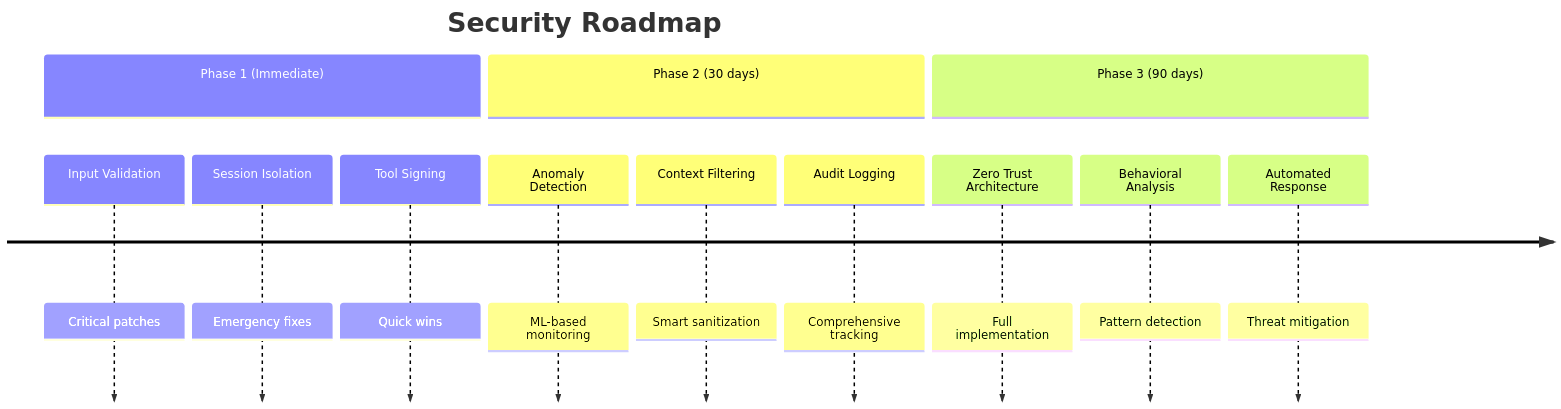
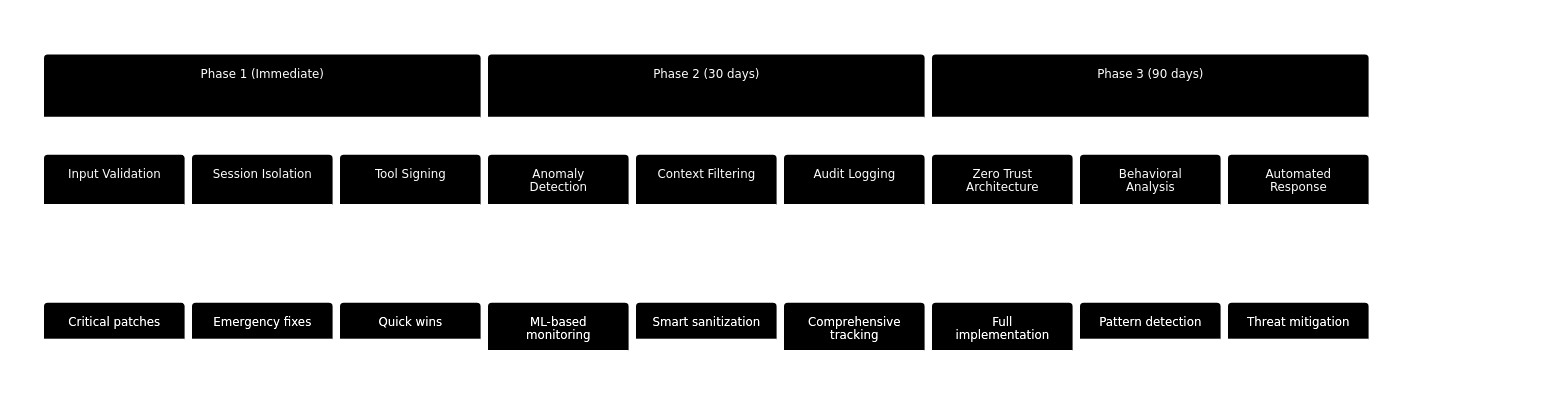
One commit to mbhatt1/agentic_lpci_framework changed the sixth of 7 diagrams in lpci_output/LPCI_ANALYSIS_REPORT.md. Above: the diagram before and after it, drawn with Mermaid. The commit also changed other lines of this file and 3 other files, not shown here.

````diff
--- a/lpci_output/LPCI_ANALYSIS_REPORT.md
+++ b/lpci_output/LPCI_ANALYSIS_REPORT.md
@@ -269,19 +333,40 @@
 ```mermaid
+%%{init: {
+  'theme': 'base',
+  'themeVariables': {
+    'primaryColor': '#000000',
+    'primaryTextColor': '#ffffff',
+    'primaryBorderColor': '#666666',
+    'lineColor': '#999999',
+    'background': '#000000',
+    'mainBkg': '#1a1a1a',
+    'secondBkg': '#2a2a2a',
+    'tertiaryBkg': '#3a3a3a',
+    'timelineBkg': '#1a1a1a',
+    'timelineTextColor': '#ffffff',
+    'nodeBkg': '#2a2a2a',
+    'nodeTextColor': '#ffffff',
+    'textColor': '#ffffff',
+    'labelTextColor': '#ffffff',
+    'labelBoxBkgColor': '#1a1a1a',
+    'labelBoxBorderColor': '#666666'
+  }
+}}%%
 timeline
     title Security Roadmap
     
     section Phase 1 (Immediate)
         Input Validation : Critical patches
         Session Isolation : Emergency fixes
         Tool Signing : Quick wins
     
     section Phase 2 (30 days)
         Anomaly Detection : ML-based monitoring
         Context Filtering : Smart sanitization
         Audit Logging : Comprehensive tracking
     
     section Phase 3 (90 days)
         Zero Trust Architecture : Full implementation
         Behavioral Analysis : Pattern detection
         Automated Response : Threat mitigation
 ```
````
